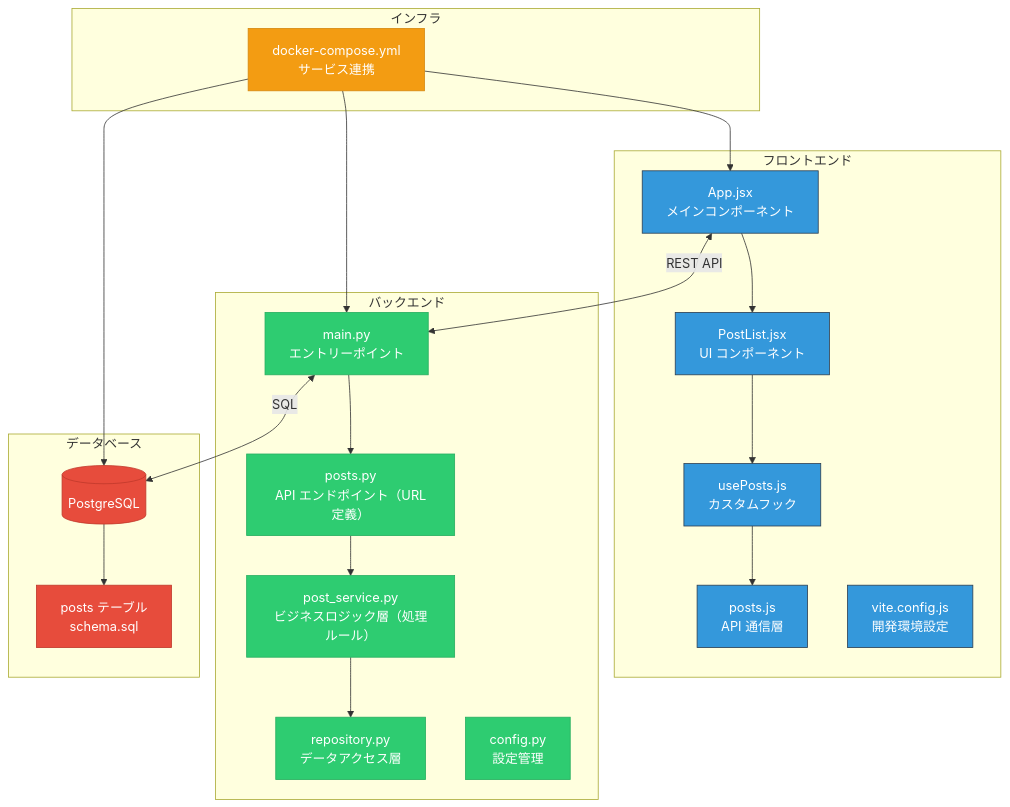
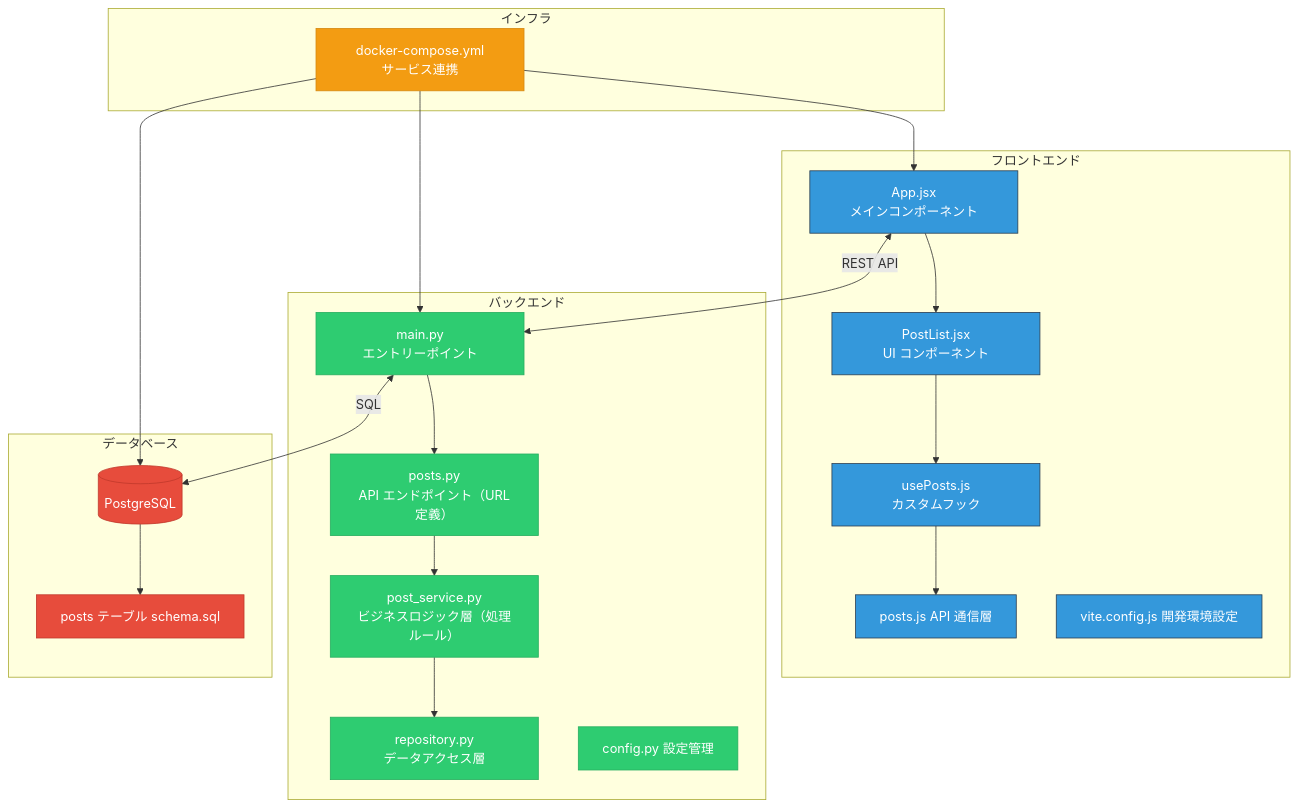
One commit to KITA-DS12/web-app-simple changed diagram 27 of 29 in lecture-materials.md. Above: the diagram before and after it, drawn with Mermaid. The commit also changed other lines of this file, not shown here.

First line of the commit message:
fix: Mermaid図の改行表示を修正

````diff
--- a/lecture-materials.md
+++ b/lecture-materials.md
@@ -1877,50 +1877,50 @@
 ```mermaid
 graph TB
     subgraph "フロントエンド"
-        A["App.jsx\nメインコンポーネント"]
-        A1["PostList.jsx\nUI コンポーネント"]
-        A2["usePosts.js\nカスタムフック"]
-        A3["posts.js\nAPI 通信層"]
-        A4["vite.config.js\n開発環境設定"]
+        A["App.jsx#10;メインコンポーネント"]
+        A1["PostList.jsx#10;UI コンポーネント"]
+        A2["usePosts.js#10;カスタムフック"]
+        A3["posts.js#10;API 通信層"]
+        A4["vite.config.js#10;開発環境設定"]
     end
     
     subgraph "バックエンド"
-        B["main.py\nエントリーポイント"]
-        B1["posts.py\nAPI エンドポイント（URL定義）"]
-        B2["post_service.py\nビジネスロジック層（処理ルール）"]
-        B3["repository.py\nデータアクセス層"]
-        B4["config.py\n設定管理"]
+        B["main.py#10;エントリーポイント"]
+        B1["posts.py#10;API エンドポイント（URL定義）"]
+        B2["post_service.py#10;ビジネスロジック層（処理ルール）"]
+        B3["repository.py#10;データアクセス層"]
+        B4["config.py#10;設定管理"]
     end
     
     subgraph "データベース"
         C[("PostgreSQL")]
-        C1["posts テーブル\nschema.sql"]
+        C1["posts テーブル#10;schema.sql"]
     end
     
     subgraph "インフラ"
-        D["docker-compose.yml\nサービス連携"]
+        D["docker-compose.yml#10;サービス連携"]
     end
     
     A <-->|REST API| B
     B <-->|SQL| C
     A --> A1
     A1 --> A2
     A2 --> A3
     B --> B1
     B1 --> B2
     B2 --> B3
     C --> C1
     D --> A
     D --> B
     D --> C
     
     classDef frontend fill:#3498db,stroke:#2c3e50,color:#fff
     classDef backend fill:#2ecc71,stroke:#27ae60,color:#fff
     classDef database fill:#e74c3c,stroke:#c0392b,color:#fff
     classDef infra fill:#f39c12,stroke:#d68910,color:#fff
     
     class A,A1,A2,A3,A4 frontend
     class B,B1,B2,B3,B4 backend
     class C,C1 database
     class D infra
 ```
````
